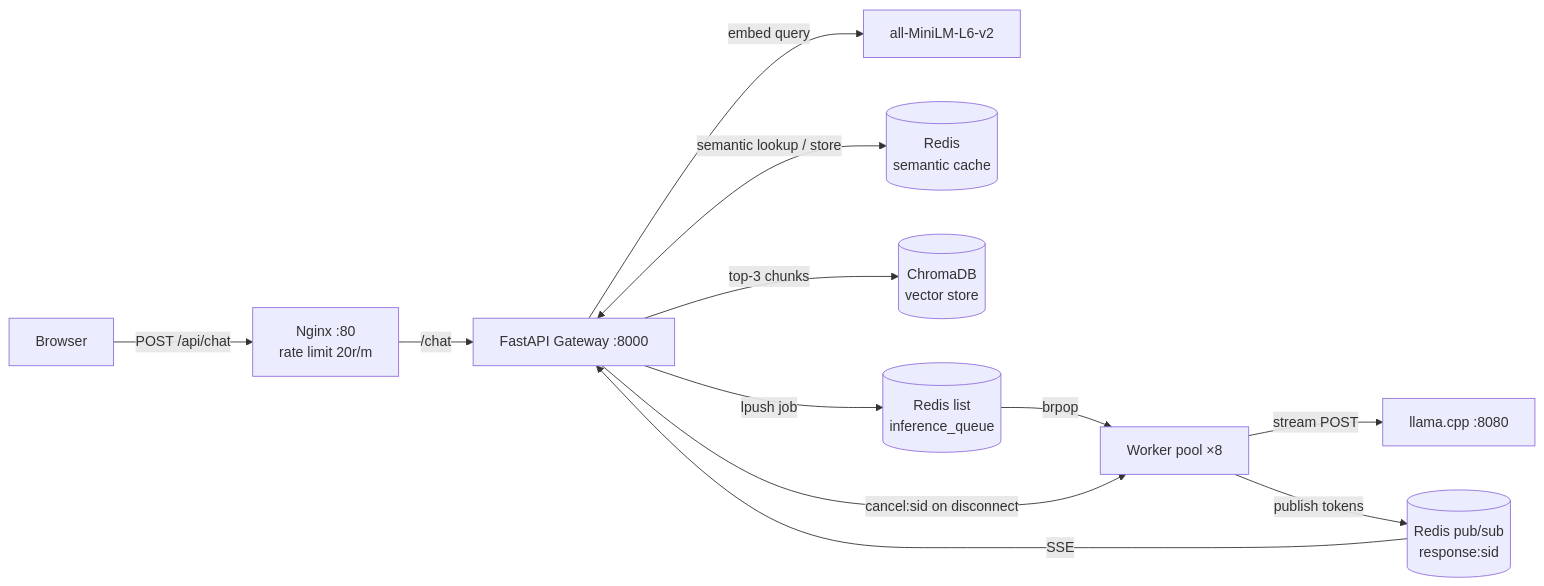
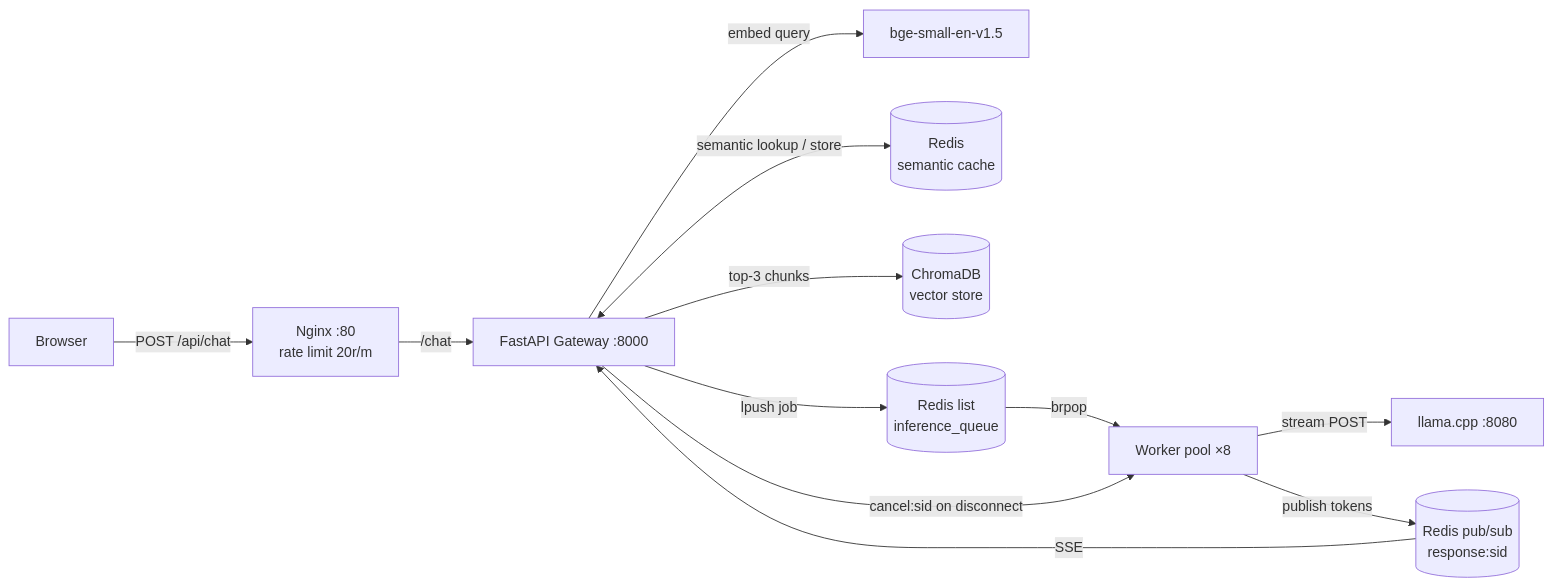
One commit to himanishpuri/helix_chatbot changed the first of 2 diagrams in README.md. Above: the diagram before and after it, drawn with Mermaid. The commit also changed other lines of this file and 6 other files, not shown here.

First line of the commit message:
Add swappable model presets and upgrade embedder to bge-small

````diff
--- a/README.md
+++ b/README.md
@@ -21,14 +22,14 @@
 ```mermaid
 flowchart LR
     B[Browser] -->|POST /api/chat| N[Nginx :80<br/>rate limit 20r/m]
     N -->|/chat| G[FastAPI Gateway :8000]
-    G -->|embed query| E[all-MiniLM-L6-v2]
+    G -->|embed query| E[bge-small-en-v1.5]
     G <-->|semantic lookup / store| C[(Redis<br/>semantic cache)]
     G -->|top-3 chunks| V[(ChromaDB<br/>vector store)]
     G -->|lpush job| Q[(Redis list<br/>inference_queue)]
     Q -->|brpop| W[Worker pool ×8]
     W -->|stream POST| L[llama.cpp :8080]
     W -->|publish tokens| P[(Redis pub/sub<br/>response:sid)]
     P -->|SSE| G
     G -->|cancel:sid on disconnect| W
 ```
````
